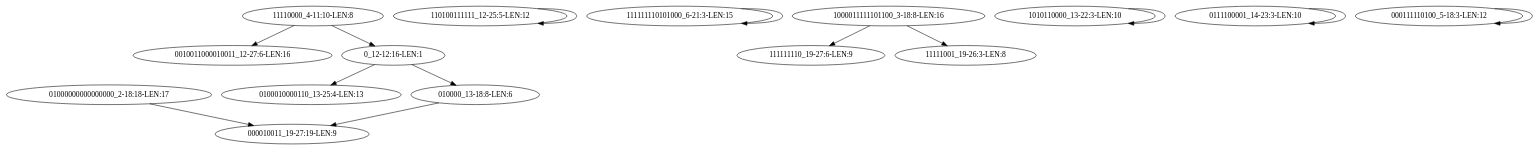
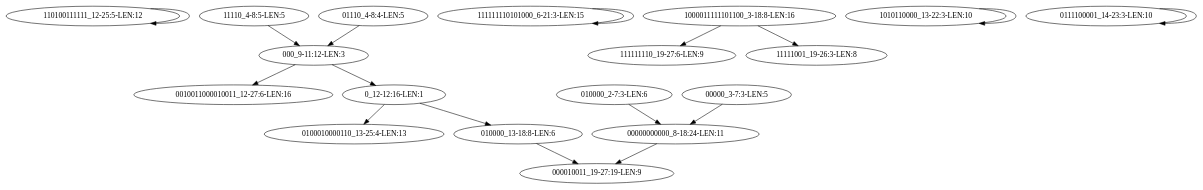
Before and after one commit to bluenote-1577/devider-test: the diagram in mussels/all-min5/intermediate/cleaned_unitigs.dot, drawn with Graphviz. The commit also changed 181 other files, not shown here.

```diff
--- a/mussels/all-min5/intermediate/cleaned_unitigs.dot
+++ b/mussels/all-min5/intermediate/cleaned_unitigs.dot
@@ -1,15 +1,18 @@
 digraph G {
-    "01000000000000000_2-18:18-LEN:17" -> "000010011_19-27:19-LEN:9";
     "110100111111_12-25:5-LEN:12" -> "110100111111_12-25:5-LEN:12";
+    "11110_4-8:5-LEN:5" -> "000_9-11:12-LEN:3";
     "111111110101000_6-21:3-LEN:15" -> "111111110101000_6-21:3-LEN:15";
     "1000011111101100_3-18:8-LEN:16" -> "111111110_19-27:6-LEN:9";
     "1000011111101100_3-18:8-LEN:16" -> "11111001_19-26:3-LEN:8";
-    "11110000_4-11:10-LEN:8" -> "0010011000010011_12-27:6-LEN:16";
-    "11110000_4-11:10-LEN:8" -> "0_12-12:16-LEN:1";
+    "010000_2-7:3-LEN:6" -> "00000000000_8-18:24-LEN:11";
+    "000_9-11:12-LEN:3" -> "0010011000010011_12-27:6-LEN:16";
+    "000_9-11:12-LEN:3" -> "0_12-12:16-LEN:1";
     "1010110000_13-22:3-LEN:10" -> "1010110000_13-22:3-LEN:10";
     "0111100001_14-23:3-LEN:10" -> "0111100001_14-23:3-LEN:10";
     "0_12-12:16-LEN:1" -> "0100010000110_13-25:4-LEN:13";
     "0_12-12:16-LEN:1" -> "010000_13-18:8-LEN:6";
+    "00000_3-7:3-LEN:5" -> "00000000000_8-18:24-LEN:11";
+    "00000000000_8-18:24-LEN:11" -> "000010011_19-27:19-LEN:9";
     "010000_13-18:8-LEN:6" -> "000010011_19-27:19-LEN:9";
-    "000111110100_5-18:3-LEN:12" -> "000111110100_5-18:3-LEN:12";
+    "01110_4-8:4-LEN:5" -> "000_9-11:12-LEN:3";
 }
```
